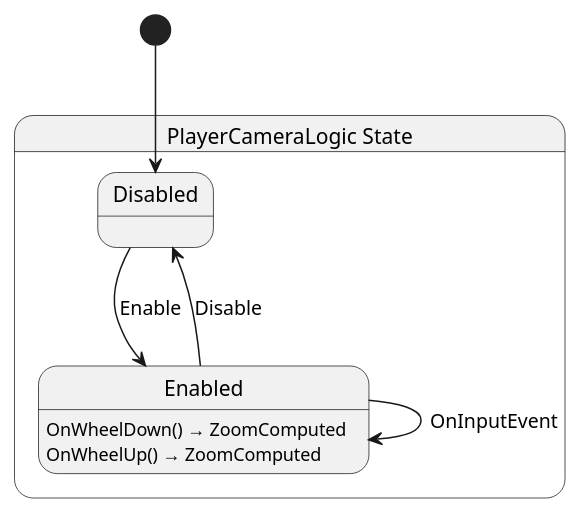
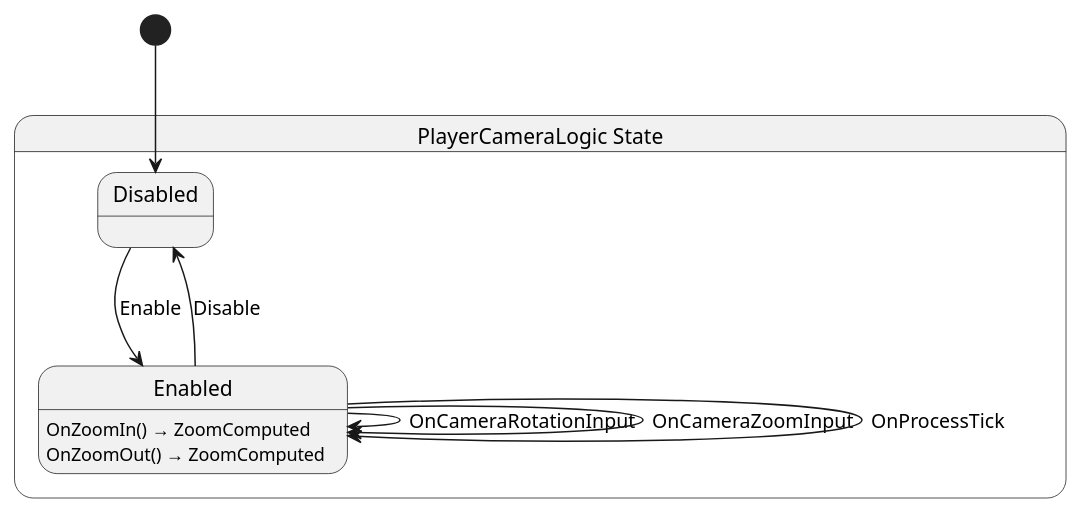
The diagram in Scripts/Drone/PlayerCamera/State/PlayerCameraLogic.g.puml (SkyValor/rescue-drone), drawn with PlantUML before and after one commit. The commit also changed 23 other files, not shown here.

Commit message:
Implementation of Keyboard and Mouse input component, with events and subscribers. PlayerCameraLogic works by listening to InputComponent.

```diff
--- a/Scripts/Drone/PlayerCamera/State/PlayerCameraLogic.g.puml
+++ b/Scripts/Drone/PlayerCamera/State/PlayerCameraLogic.g.puml
@@ -1,15 +1,17 @@
 @startuml PlayerCameraLogic
 state "PlayerCameraLogic State" as RescueDrone_PlayerCameraLogic_State {
   state "Disabled" as RescueDrone_PlayerCameraLogic_State_Disabled
   state "Enabled" as RescueDrone_PlayerCameraLogic_State_Enabled
 }
 
 RescueDrone_PlayerCameraLogic_State_Disabled --> RescueDrone_PlayerCameraLogic_State_Enabled : Enable
 RescueDrone_PlayerCameraLogic_State_Enabled --> RescueDrone_PlayerCameraLogic_State_Disabled : Disable
-RescueDrone_PlayerCameraLogic_State_Enabled --> RescueDrone_PlayerCameraLogic_State_Enabled : OnInputEvent
+RescueDrone_PlayerCameraLogic_State_Enabled --> RescueDrone_PlayerCameraLogic_State_Enabled : OnCameraRotationInput
+RescueDrone_PlayerCameraLogic_State_Enabled --> RescueDrone_PlayerCameraLogic_State_Enabled : OnCameraZoomInput
+RescueDrone_PlayerCameraLogic_State_Enabled --> RescueDrone_PlayerCameraLogic_State_Enabled : OnProcessTick
 
-RescueDrone_PlayerCameraLogic_State_Enabled : OnWheelDown() → ZoomComputed
-RescueDrone_PlayerCameraLogic_State_Enabled : OnWheelUp() → ZoomComputed
+RescueDrone_PlayerCameraLogic_State_Enabled : OnZoomIn() → ZoomComputed
+RescueDrone_PlayerCameraLogic_State_Enabled : OnZoomOut() → ZoomComputed
 
 [*] --> RescueDrone_PlayerCameraLogic_State_Disabled
 @enduml
```
